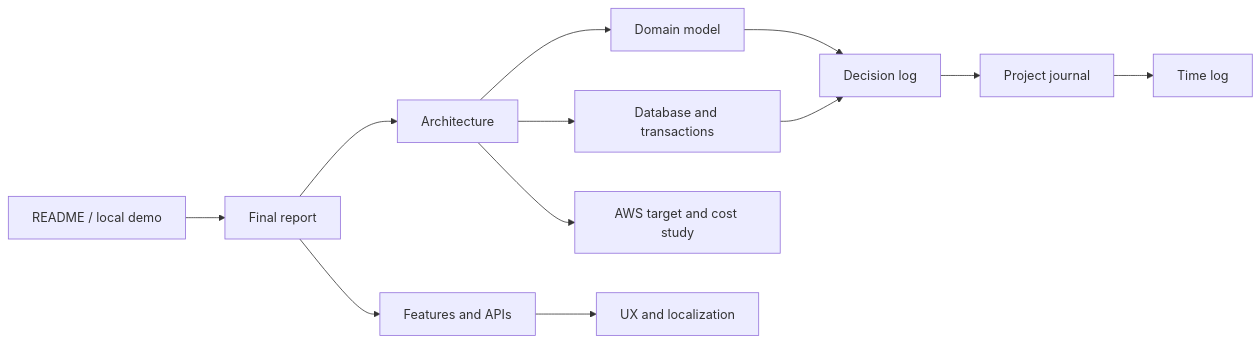
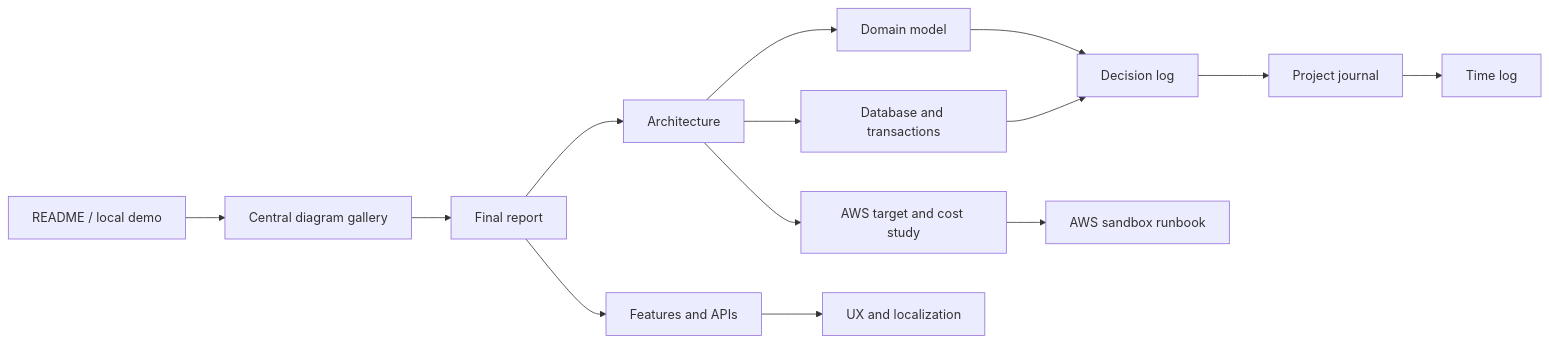
The first of 2 diagrams in docs/README.md (Dev-Luigy/automation_luigygabriel), drawn with Mermaid before and after one commit. The commit also changed other lines of this file and 12 other files, not shown here.

Commit message:
docs: document AWS sandbox and project effort

````diff
--- a/docs/README.md
+++ b/docs/README.md
@@ -16,14 +17,16 @@
 ```mermaid
 flowchart LR
-    Start["README / local demo"] --> Report["Final report"]
+    Start["README / local demo"] --> Diagrams["Central diagram gallery"]
+    Diagrams --> Report["Final report"]
     Report --> Architecture["Architecture"]
     Report --> Features["Features and APIs"]
     Architecture --> Domain["Domain model"]
     Architecture --> Database["Database and transactions"]
     Domain --> Decisions["Decision log"]
     Database --> Decisions
     Features --> UX["UX and localization"]
     Decisions --> Journal["Project journal"]
     Journal --> Time["Time log"]
     Architecture --> AWS["AWS target and cost study"]
+    AWS --> Sandbox["AWS sandbox runbook"]
 ```
````
